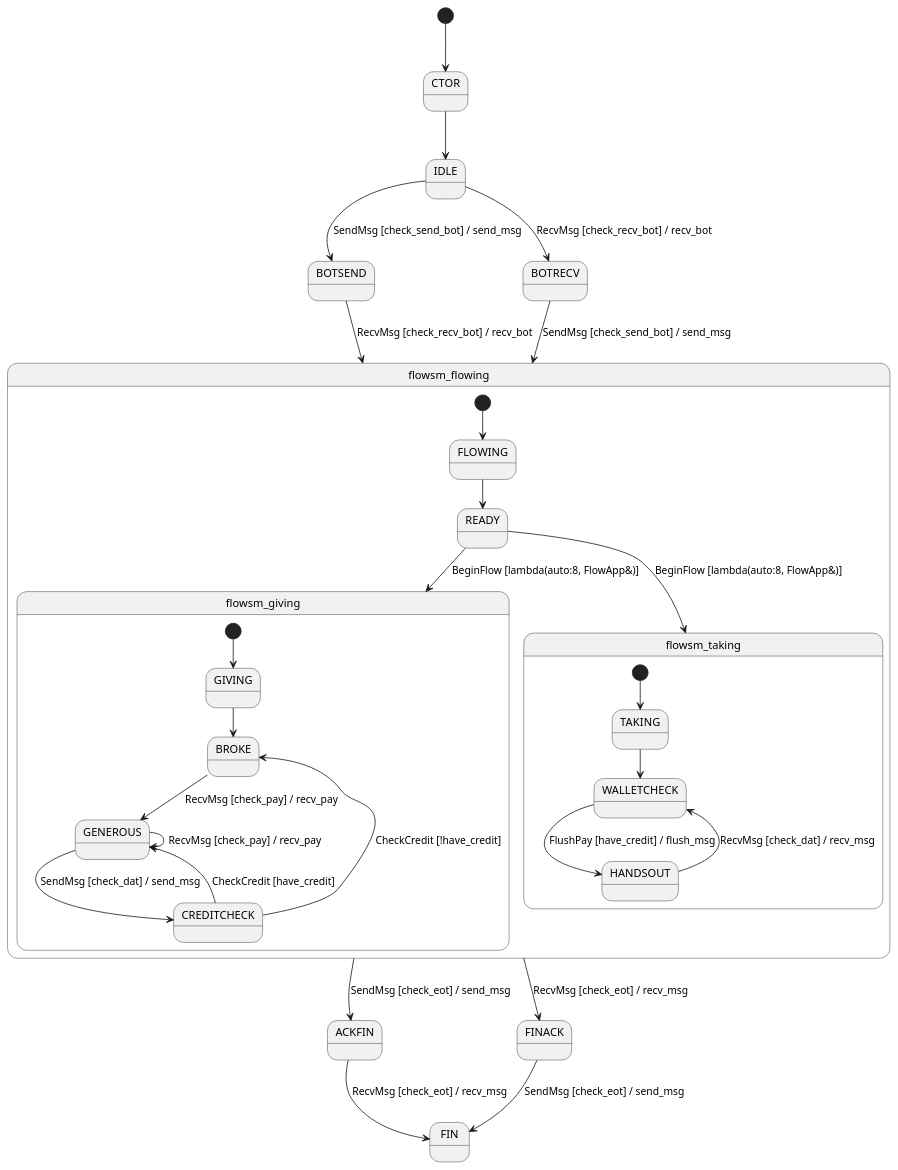
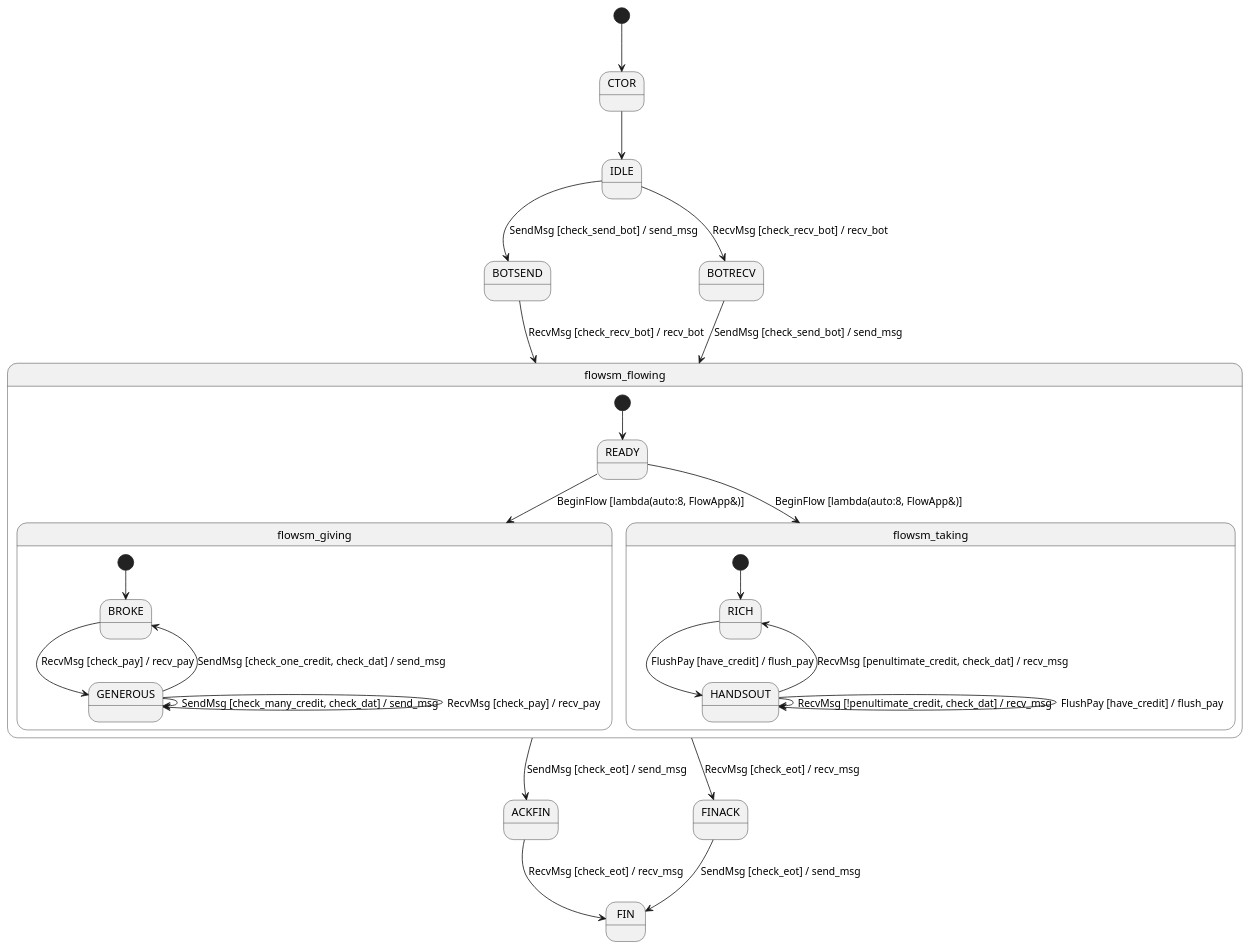
The diagram in docs/flowsm.plantuml (brettviren/zio), drawn with PlantUML before and after one commit. The commit also changed 3 other files, not shown here.

Commit message:
Simplify taking/giving substates

```diff
--- a/docs/flowsm.plantuml
+++ b/docs/flowsm.plantuml
@@ -1,38 +1,39 @@
 @startuml
 
 [*] --> CTOR
 CTOR --> IDLE
 IDLE --> BOTSEND : SendMsg [check_send_bot] / send_msg
 IDLE --> BOTRECV : RecvMsg [check_recv_bot] / recv_bot
 BOTSEND --> flowsm_flowing : RecvMsg [check_recv_bot] / recv_bot
 BOTRECV --> flowsm_flowing : SendMsg [check_send_bot] / send_msg
 flowsm_flowing --> ACKFIN : SendMsg [check_eot] / send_msg
 flowsm_flowing --> FINACK : RecvMsg [check_eot] / recv_msg
 FINACK --> FIN : SendMsg [check_eot] / send_msg
 ACKFIN --> FIN : RecvMsg [check_eot] / recv_msg
 
+
 state flowsm_flowing {
-[*] --> FLOWING
-FLOWING --> READY
+[*] --> READY
 READY --> flowsm_giving : BeginFlow [lambda(auto:8, FlowApp&)]
 READY --> flowsm_taking : BeginFlow [lambda(auto:8, FlowApp&)]
 
-state flowsm_taking {
-[*] --> TAKING
-TAKING --> WALLETCHECK
-WALLETCHECK --> HANDSOUT : FlushPay [have_credit] / flush_msg
-HANDSOUT --> WALLETCHECK : RecvMsg [check_dat] / recv_msg
+
+state flowsm_giving {
+[*] --> BROKE
+BROKE --> GENEROUS : RecvMsg [check_pay] / recv_pay
+GENEROUS --> BROKE : SendMsg [check_one_credit, check_dat] / send_msg
+GENEROUS --> GENEROUS : SendMsg [check_many_credit, check_dat] / send_msg
+GENEROUS --> GENEROUS : RecvMsg [check_pay] / recv_pay
 }
 
-state flowsm_giving {
-[*] --> GIVING
-GIVING --> BROKE
-BROKE --> GENEROUS : RecvMsg [check_pay] / recv_pay
-GENEROUS --> GENEROUS : RecvMsg [check_pay] / recv_pay
-GENEROUS --> CREDITCHECK : SendMsg [check_dat] / send_msg
-CREDITCHECK --> GENEROUS : CheckCredit [have_credit]
-CREDITCHECK --> BROKE : CheckCredit [!have_credit]
+state flowsm_taking {
+[*] --> RICH
+RICH --> HANDSOUT : FlushPay [have_credit] / flush_pay
+HANDSOUT --> RICH : RecvMsg [penultimate_credit, check_dat] / recv_msg
+HANDSOUT --> HANDSOUT : RecvMsg [!penultimate_credit, check_dat] / recv_msg
+HANDSOUT --> HANDSOUT : FlushPay [have_credit] / flush_pay
 }
+
 }
 
 @enduml
```
